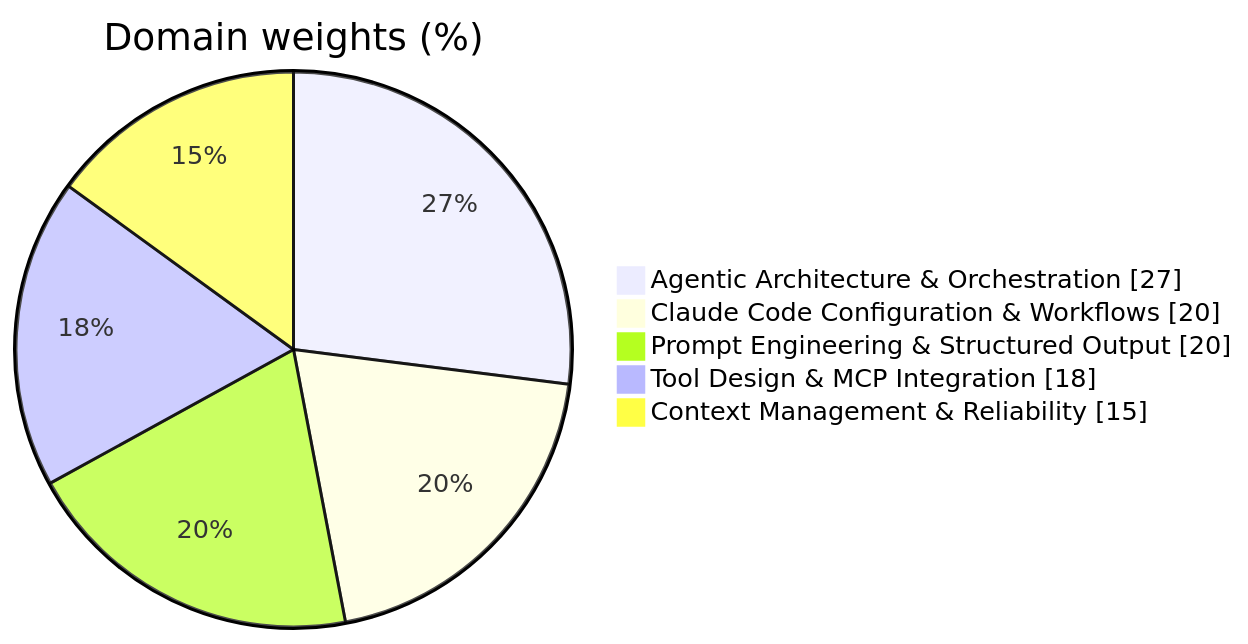
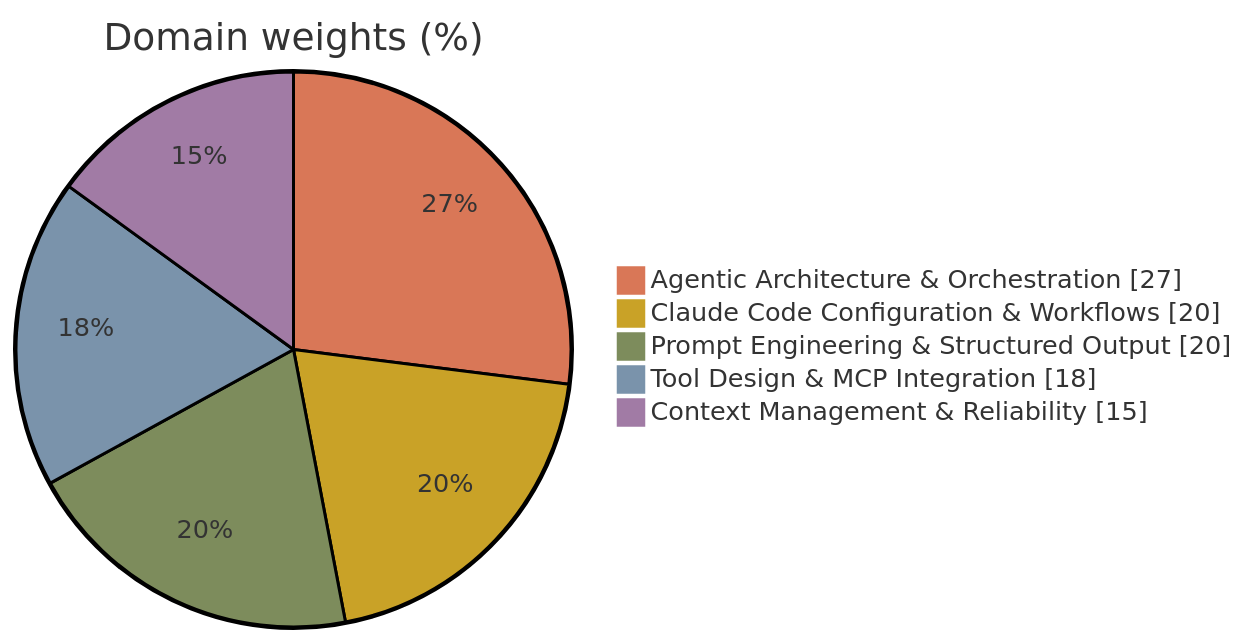
The diagram in architect-foundations/README.md (Amey-Thakur/CLAUDE-CERTIFICATIONS), drawn with Mermaid before and after one commit. The commit also changed 4 other files, not shown here.

````diff
--- a/architect-foundations/README.md
+++ b/architect-foundations/README.md
@@ -38,9 +38,10 @@
 ```mermaid
+%%{init: {"theme": "base", "themeVariables": {"pie1": "#d97757", "pie2": "#c9a227", "pie3": "#7d8c5c", "pie4": "#7a93ab", "pie5": "#a17ba5", "pie6": "#5f9c93", "pie7": "#c8b08a", "pie8": "#cfa18c", "pieOpacity": "1"}}}%%
 pie showData
     title Domain weights (%)
     "Agentic Architecture & Orchestration" : 27
     "Claude Code Configuration & Workflows" : 20
     "Prompt Engineering & Structured Output" : 20
     "Tool Design & MCP Integration" : 18
     "Context Management & Reliability" : 15
 ```
````
